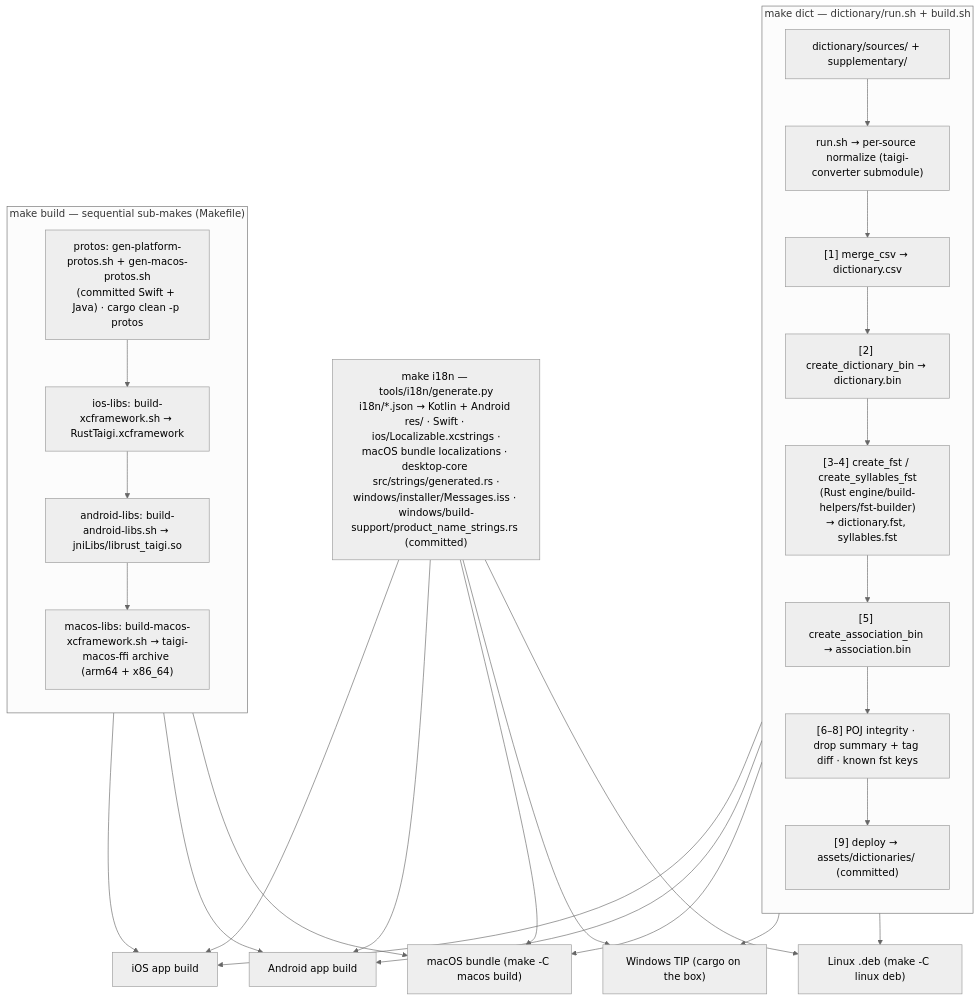
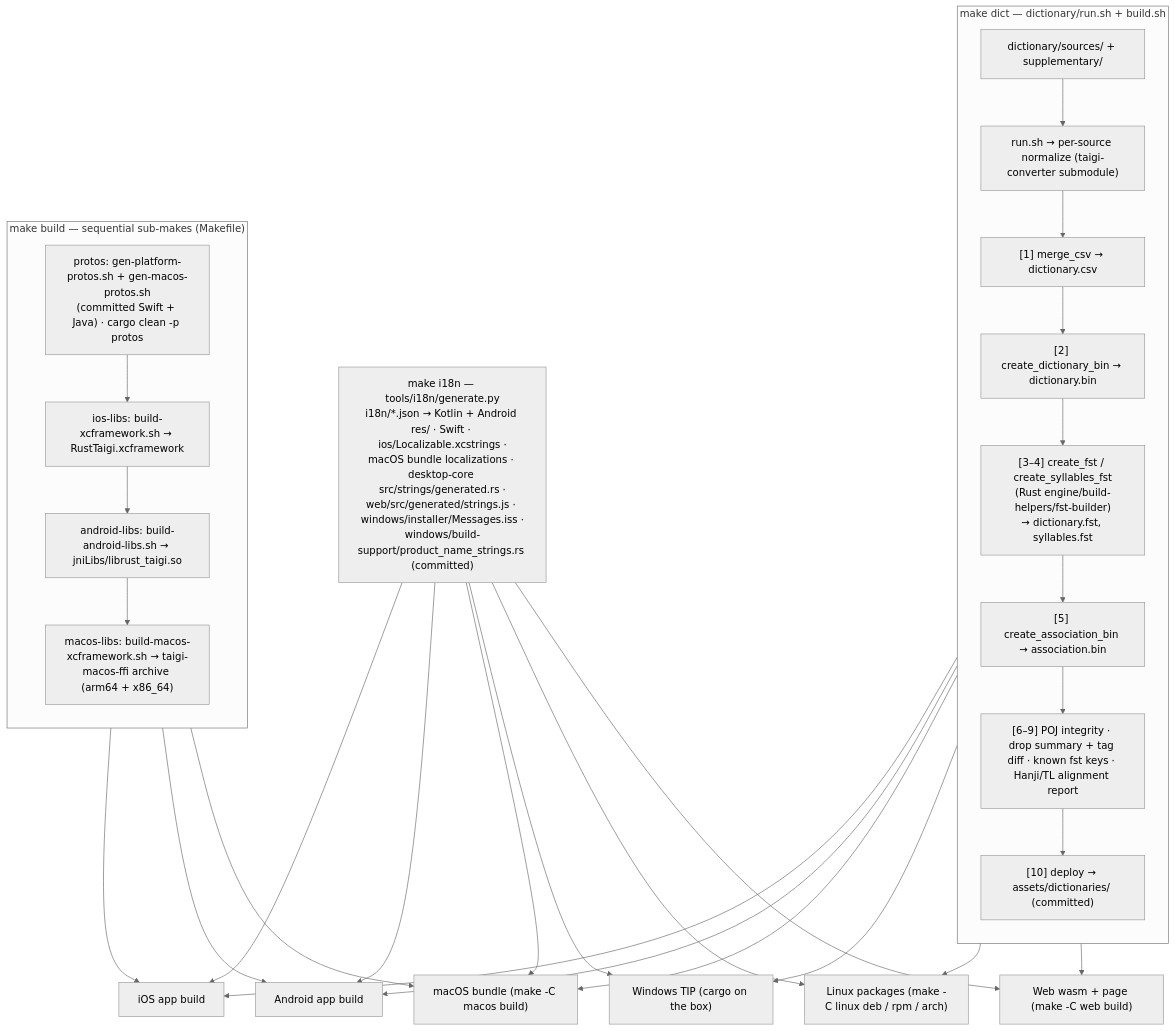
The third of 4 diagrams in docs/architecture/system-overview.md (taigikeyboard/taigikeyboard), drawn with Mermaid (neutral theme) before and after one commit. The commit also changed other lines of this file and 38 other files, not shown here.

First line of the commit message:
docs(architecture): drop stale, redundant and done-work detail

````diff
--- a/docs/architecture/system-overview.md
+++ b/docs/architecture/system-overview.md
@@ -122,25 +129,25 @@
 ```mermaid
 flowchart TD
     subgraph dictpipe["make dict — dictionary/run.sh + build.sh"]
         direction TB
         src["dictionary/sources/ + supplementary/"] --> pipe["run.sh → per-source normalize (taigi-converter submodule)"]
         pipe --> merge["[1] merge_csv → dictionary.csv"] --> binw["[2] create_dictionary_bin → dictionary.bin"]
         binw --> fstw["[3–4] create_fst / create_syllables_fst<br/>(Rust engine/build-helpers/fst-builder)<br/>→ dictionary.fst, syllables.fst"] --> assoc["[5] create_association_bin → association.bin"]
-        assoc --> verify["[6–8] POJ integrity · drop summary + tag diff · known fst keys"]
-        verify --> dep["[9] deploy → assets/dictionaries/ (committed)"]
+        assoc --> verify["[6–9] POJ integrity · drop summary + tag diff · known fst keys · Hanji/TL alignment report"]
+        verify --> dep["[10] deploy → assets/dictionaries/ (committed)"]
     end
     subgraph buildpipe["make build — sequential sub-makes (Makefile)"]
         direction TB
         proto["protos: gen-platform-protos.sh + gen-macos-protos.sh<br/>(committed Swift + Java) · cargo clean -p protos"]
         proto --> xcf["ios-libs: build-xcframework.sh → RustTaigi.xcframework"]
         xcf --> jnib["android-libs: build-android-libs.sh → jniLibs/librust_taigi.so"]
         jnib --> mxcf["macos-libs: build-macos-xcframework.sh → taigi-macos-ffi archive (arm64 + x86_64)"]
     end
-    i18n["make i18n — tools/i18n/generate.py<br/>i18n/*.json → Kotlin + Android res/ · Swift · ios/Localizable.xcstrings ·<br/>macOS bundle localizations · desktop-core src/strings/generated.rs ·<br/>windows/installer/Messages.iss · windows/build-support/product_name_strings.rs (committed)"]
+    i18n["make i18n — tools/i18n/generate.py<br/>i18n/*.json → Kotlin + Android res/ · Swift · ios/Localizable.xcstrings ·<br/>macOS bundle localizations · desktop-core src/strings/generated.rs ·<br/>web/src/generated/strings.js · windows/installer/Messages.iss ·<br/>windows/build-support/product_name_strings.rs (committed)"]
 
-    dep --> iosApp["iOS app build"] & andApp["Android app build"] & macApp["macOS bundle (make -C macos build)"] & winApp["Windows TIP (cargo on the box)"] & linApp["Linux .deb (make -C linux deb)"]
+    dep --> iosApp["iOS app build"] & andApp["Android app build"] & macApp["macOS bundle (make -C macos build)"] & winApp["Windows TIP (cargo on the box)"] & linApp["Linux packages (make -C linux deb / rpm / arch)"] & webApp["Web wasm + page (make -C web build)"]
     xcf --> iosApp
     jnib --> andApp
     mxcf --> macApp
-    i18n --> iosApp & andApp & macApp & winApp & linApp
+    i18n --> iosApp & andApp & macApp & winApp & linApp & webApp
 ```
````
